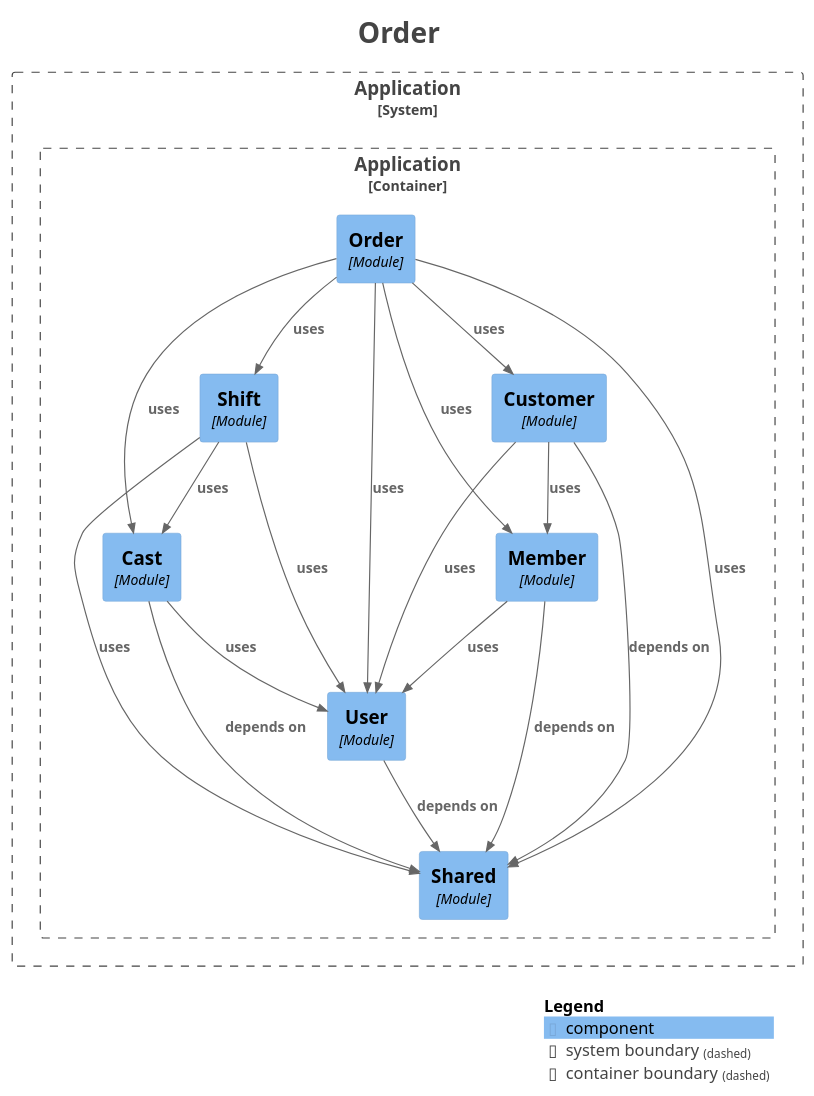
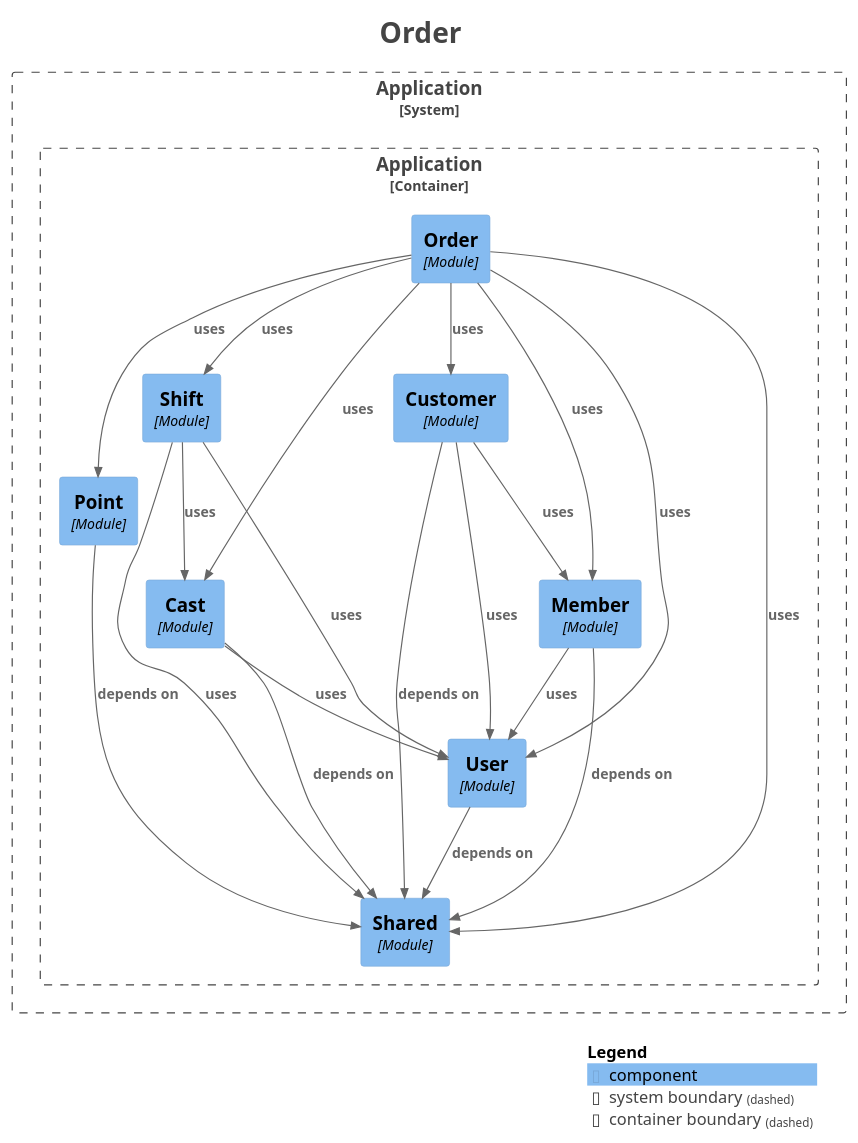
Before and after one commit to kanghouchao/Kizuna: the diagram in backend/docs/modulith/module-order.puml, drawn with PlantUML. The commit also changed 20 other files, not shown here.

```diff
--- a/backend/docs/modulith/module-order.puml
+++ b/backend/docs/modulith/module-order.puml
@@ -1,51 +1,54 @@
 @startuml
 title <size:24>Order</size>
 
 set separator none
 top to bottom direction
 
 <style>
   root {
     BackgroundColor: #ffffff
     FontColor: #444444
   }
 </style>
 
 !include <C4/C4>
 !include <C4/C4_Context>
 !include <C4/C4_Component>
 
 System_Boundary("Application_boundary", "Application", $tags="") {
   Container_Boundary("Application.Application_boundary", "Application", $tags="") {
+    Component(Application.Application.Point, "Point", $techn="Module", $descr="", $tags="", $link="")
     Component(Application.Application.Cast, "Cast", $techn="Module", $descr="", $tags="", $link="")
     Component(Application.Application.Customer, "Customer", $techn="Module", $descr="", $tags="", $link="")
     Component(Application.Application.Shift, "Shift", $techn="Module", $descr="", $tags="", $link="")
     Component(Application.Application.Order, "Order", $techn="Module", $descr="", $tags="", $link="")
     Component(Application.Application.Shared, "Shared", $techn="Module", $descr="", $tags="", $link="")
     Component(Application.Application.User, "User", $techn="Module", $descr="", $tags="", $link="")
     Component(Application.Application.Member, "Member", $techn="Module", $descr="", $tags="", $link="")
   }
 
 }
 
 Rel(Application.Application.User, Application.Application.Shared, "depends on", $techn="", $tags="", $link="")
-Rel(Application.Application.Shift, Application.Application.User, "uses", $techn="", $tags="", $link="")
-Rel(Application.Application.Shift, Application.Application.Cast, "uses", $techn="", $tags="", $link="")
-Rel(Application.Application.Shift, Application.Application.Shared, "uses", $techn="", $tags="", $link="")
-Rel(Application.Application.Customer, Application.Application.Shared, "depends on", $techn="", $tags="", $link="")
-Rel(Application.Application.Customer, Application.Application.Member, "uses", $techn="", $tags="", $link="")
-Rel(Application.Application.Customer, Application.Application.User, "uses", $techn="", $tags="", $link="")
+Rel(Application.Application.Point, Application.Application.Shared, "depends on", $techn="", $tags="", $link="")
 Rel(Application.Application.Cast, Application.Application.Shared, "depends on", $techn="", $tags="", $link="")
 Rel(Application.Application.Cast, Application.Application.User, "uses", $techn="", $tags="", $link="")
-Rel(Application.Application.Order, Application.Application.Cast, "uses", $techn="", $tags="", $link="")
 Rel(Application.Application.Order, Application.Application.Customer, "uses", $techn="", $tags="", $link="")
 Rel(Application.Application.Order, Application.Application.User, "uses", $techn="", $tags="", $link="")
 Rel(Application.Application.Order, Application.Application.Member, "uses", $techn="", $tags="", $link="")
 Rel(Application.Application.Order, Application.Application.Shift, "uses", $techn="", $tags="", $link="")
 Rel(Application.Application.Order, Application.Application.Shared, "uses", $techn="", $tags="", $link="")
+Rel(Application.Application.Order, Application.Application.Cast, "uses", $techn="", $tags="", $link="")
+Rel(Application.Application.Order, Application.Application.Point, "uses", $techn="", $tags="", $link="")
+Rel(Application.Application.Shift, Application.Application.User, "uses", $techn="", $tags="", $link="")
+Rel(Application.Application.Shift, Application.Application.Cast, "uses", $techn="", $tags="", $link="")
+Rel(Application.Application.Shift, Application.Application.Shared, "uses", $techn="", $tags="", $link="")
 Rel(Application.Application.Member, Application.Application.Shared, "depends on", $techn="", $tags="", $link="")
 Rel(Application.Application.Member, Application.Application.User, "uses", $techn="", $tags="", $link="")
+Rel(Application.Application.Customer, Application.Application.Shared, "depends on", $techn="", $tags="", $link="")
+Rel(Application.Application.Customer, Application.Application.Member, "uses", $techn="", $tags="", $link="")
+Rel(Application.Application.Customer, Application.Application.User, "uses", $techn="", $tags="", $link="")
 
 SHOW_LEGEND(true)
 hide stereotypes
 @enduml
```
